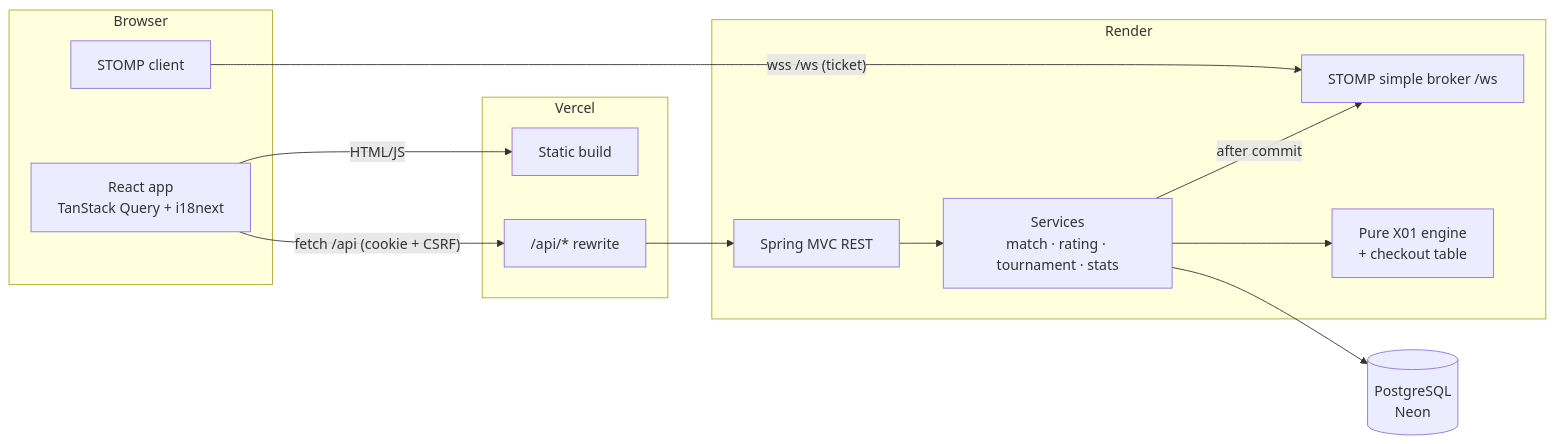
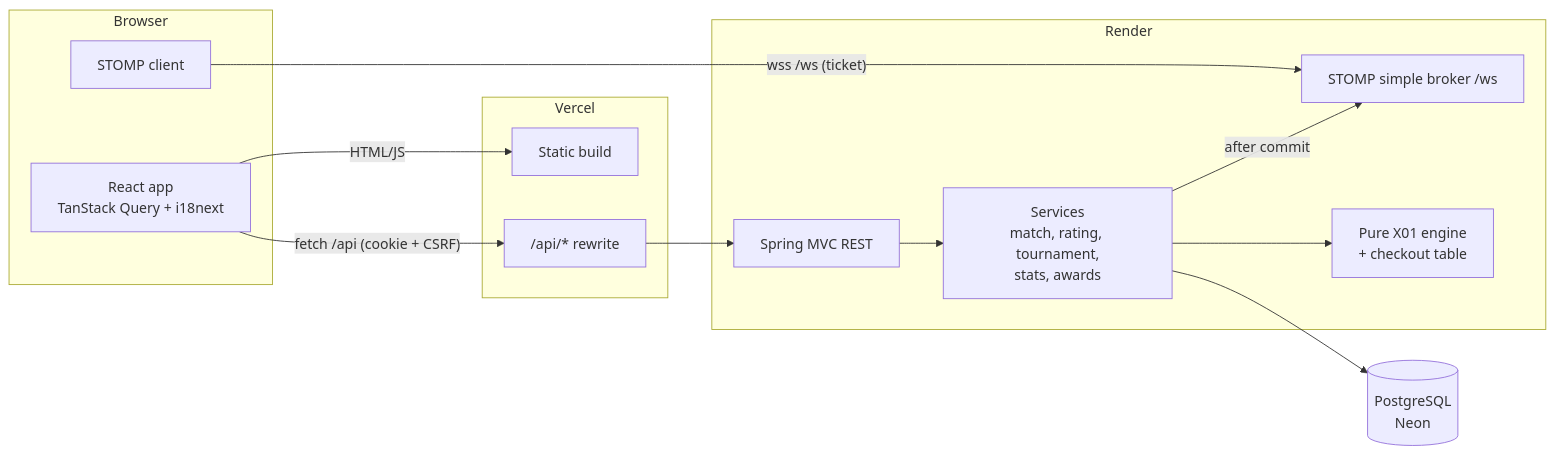
Before and after one commit to Oleandertengesdal/TrafonDart: the first of 2 diagrams in docs/ARCHITECTURE.md, drawn with Mermaid. The commit also changed other lines of this file and 254 other files, not shown here.

````diff
--- a/docs/ARCHITECTURE.md
+++ b/docs/ARCHITECTURE.md
@@ -5,25 +5,25 @@
 ```mermaid
 flowchart LR
   subgraph Browser
     UI[React app<br/>TanStack Query + i18next]
     WS[STOMP client]
   end
   subgraph Vercel
     Static[Static build]
     Rewrite["/api/* rewrite"]
   end
   subgraph Render
     API[Spring MVC REST]
     Broker[STOMP simple broker /ws]
-    Svc[Services<br/>match · rating · tournament · stats]
+    Svc[Services<br/>match, rating, tournament,<br/>stats, awards]
     Engine[Pure X01 engine<br/>+ checkout table]
   end
   DB[(PostgreSQL<br/>Neon)]
 
   UI -- HTML/JS --> Static
   UI -- "fetch /api (cookie + CSRF)" --> Rewrite --> API
   WS -- "wss /ws (ticket)" --> Broker
   API --> Svc --> Engine
   Svc --> DB
   Svc -- after commit --> Broker
 ```
````
